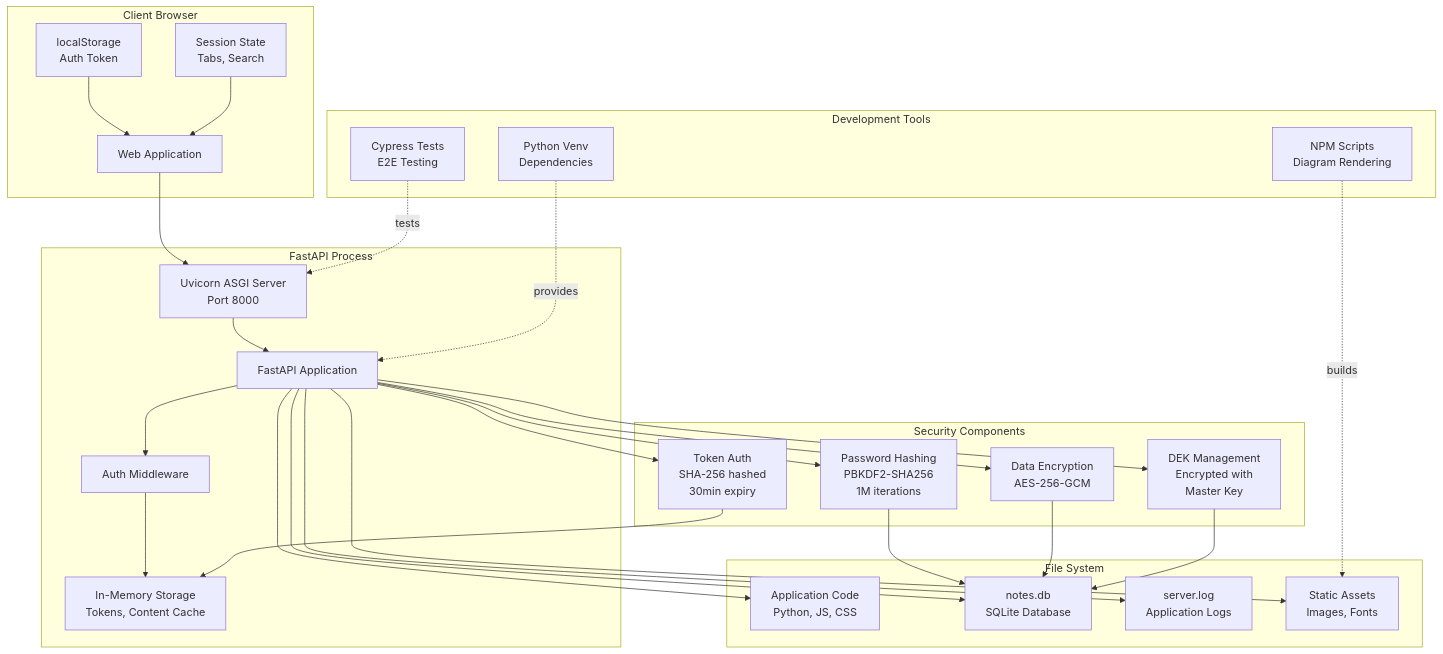
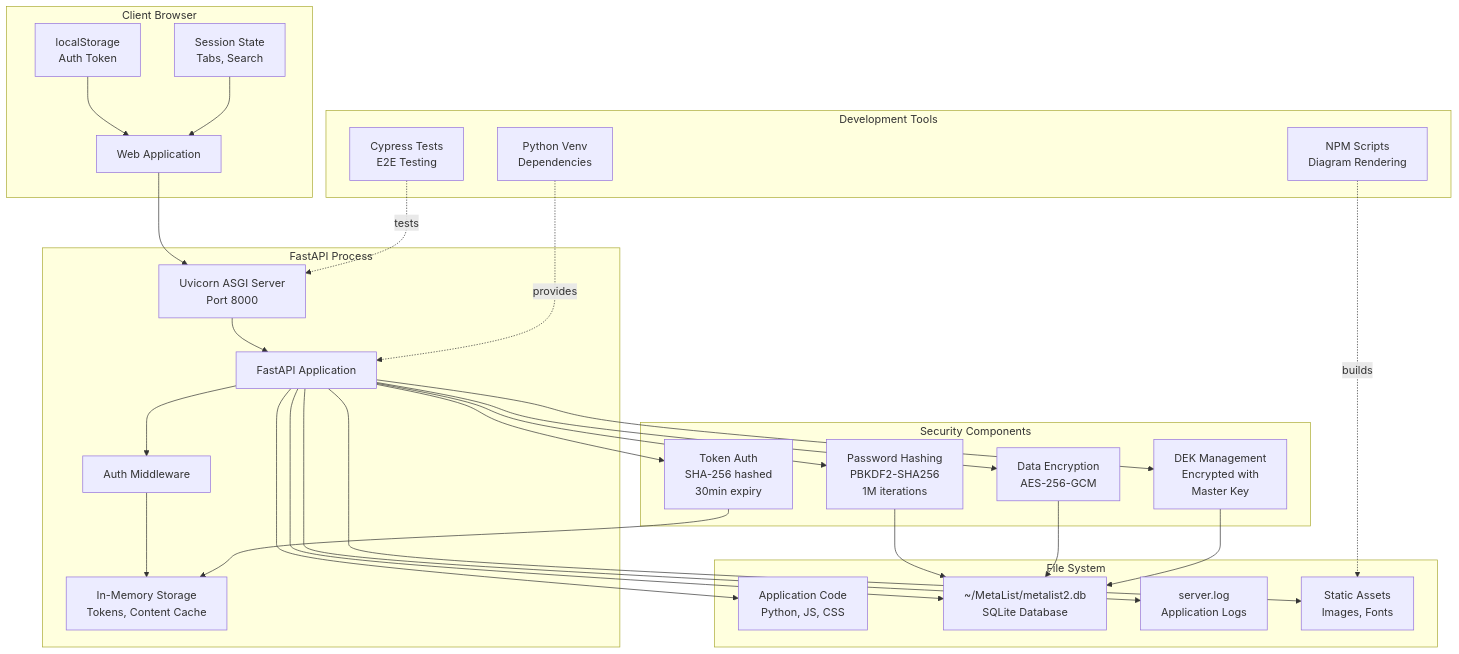
The diagram in docs/diagrams/deployment-architecture.md (evolvingstuff/metalist), drawn with Mermaid before and after one commit. The commit also changed 3 other files, not shown here.

````diff
--- a/docs/diagrams/deployment-architecture.md
+++ b/docs/diagrams/deployment-architecture.md
@@ -5,62 +5,62 @@
 ```mermaid
 graph TB
     subgraph "Client Browser"
         WebApp[Web Application]
         LocalStorage[localStorage<br/>Auth Token]
         SessionStorage[Session State<br/>Tabs, Search]
     end
     
     subgraph "FastAPI Process"
         ASGI[Uvicorn ASGI Server<br/>Port 8000]
         App[FastAPI Application]
         Middleware[Auth Middleware]
         InMemory[In-Memory Storage<br/>Tokens, Content Cache]
     end
     
     subgraph "File System"
         AppCode[Application Code<br/>Python, JS, CSS]
-        SQLiteFile[notes.db<br/>SQLite Database]
+        SQLiteFile[~/MetaList/metalist2.db<br/>SQLite Database]
         Logs[server.log<br/>Application Logs]
         StaticAssets[Static Assets<br/>Images, Fonts]
     end
     
     subgraph "Security Components"
         PassHash[Password Hashing<br/>PBKDF2-SHA256<br/>1M iterations]
         DataEnc[Data Encryption<br/>AES-256-GCM]
         TokenAuth[Token Auth<br/>SHA-256 hashed<br/>30min expiry]
         DEKMgmt[DEK Management<br/>Encrypted with<br/>Master Key]
     end
     
     subgraph "Development Tools"
         Cypress[Cypress Tests<br/>E2E Testing]
         NPM[NPM Scripts<br/>Diagram Rendering]
         Venv[Python Venv<br/>Dependencies]
     end
     
     WebApp --> ASGI
     LocalStorage --> WebApp
     SessionStorage --> WebApp
     
     ASGI --> App
     App --> Middleware
     Middleware --> InMemory
     
     App --> AppCode
     App --> SQLiteFile
     App --> Logs
     App --> StaticAssets
     
     App --> PassHash
     App --> DataEnc
     App --> TokenAuth
     App --> DEKMgmt
     
     PassHash --> SQLiteFile
     DataEnc --> SQLiteFile
     TokenAuth --> InMemory
     DEKMgmt --> SQLiteFile
     
     Cypress -.->|tests| ASGI
     NPM -.->|builds| StaticAssets
     Venv -.->|provides| App
 ```
````
